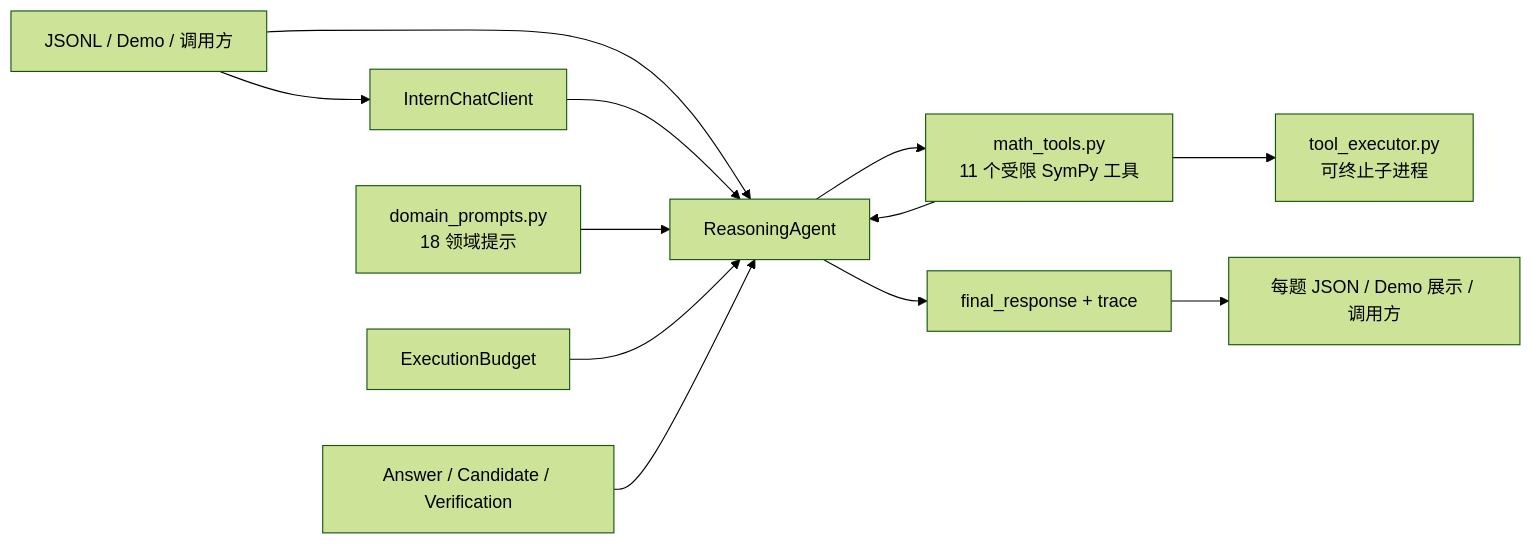
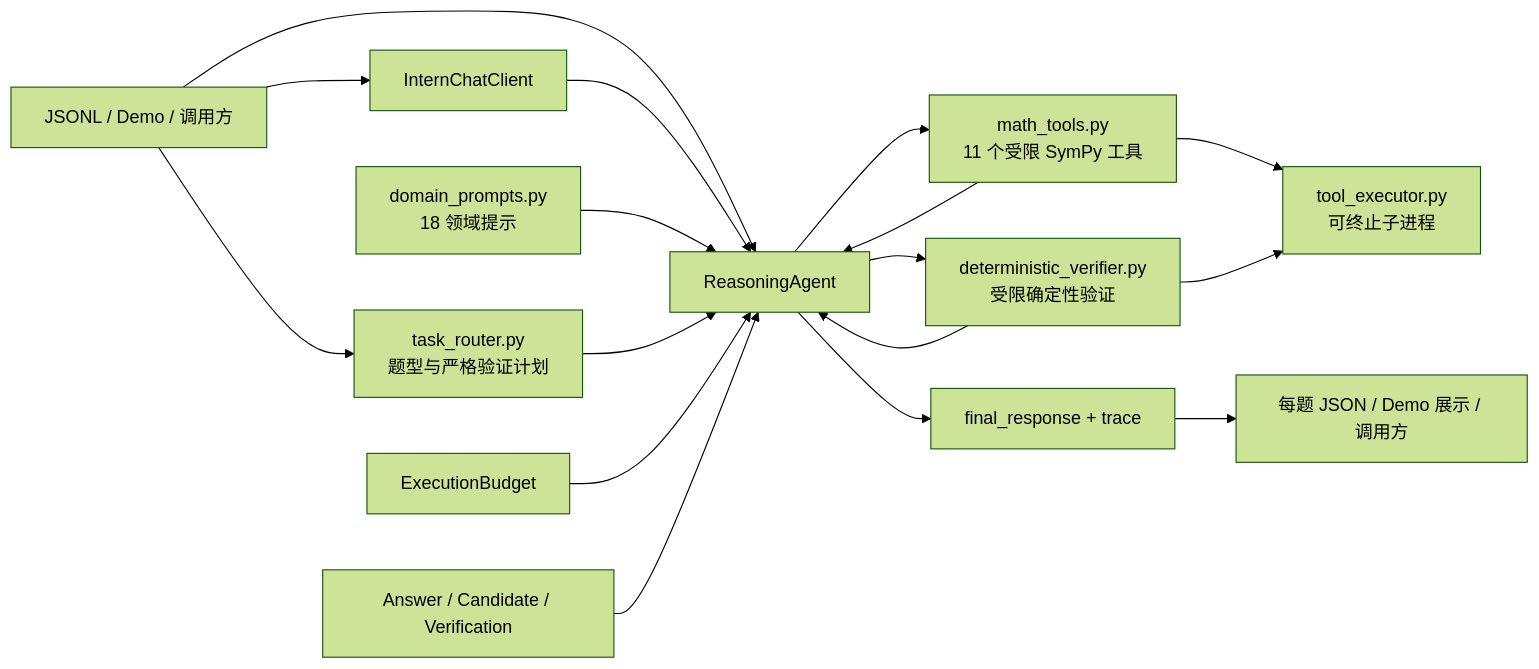
One commit to huangchen725/math_agent changed the diagram in ARCHITECTURE.md. Above: the diagram before and after it, drawn with Mermaid (forest theme). The commit also changed other lines of this file and 12 other files, not shown here.

````diff
--- a/ARCHITECTURE.md
+++ b/ARCHITECTURE.md
@@ -29,14 +29,19 @@
 ```mermaid
 flowchart LR
     I[JSONL / Demo / 调用方] --> C[InternChatClient]
     I --> A[ReasoningAgent]
     C --> A
     D[domain_prompts.py<br/>18 领域提示] --> A
+    I --> Q[task_router.py<br/>题型与严格验证计划]
+    Q --> A
     B[ExecutionBudget] --> A
     A --> T[math_tools.py<br/>11 个受限 SymPy 工具]
     T --> P[tool_executor.py<br/>可终止子进程]
     T --> A
+    A --> V[deterministic_verifier.py<br/>受限确定性验证]
+    V --> P
+    V --> A
     E[Answer / Candidate / Verification] --> A
     A --> R[final_response + trace]
     R --> O[每题 JSON / Demo 展示 / 调用方]
 ```
````
